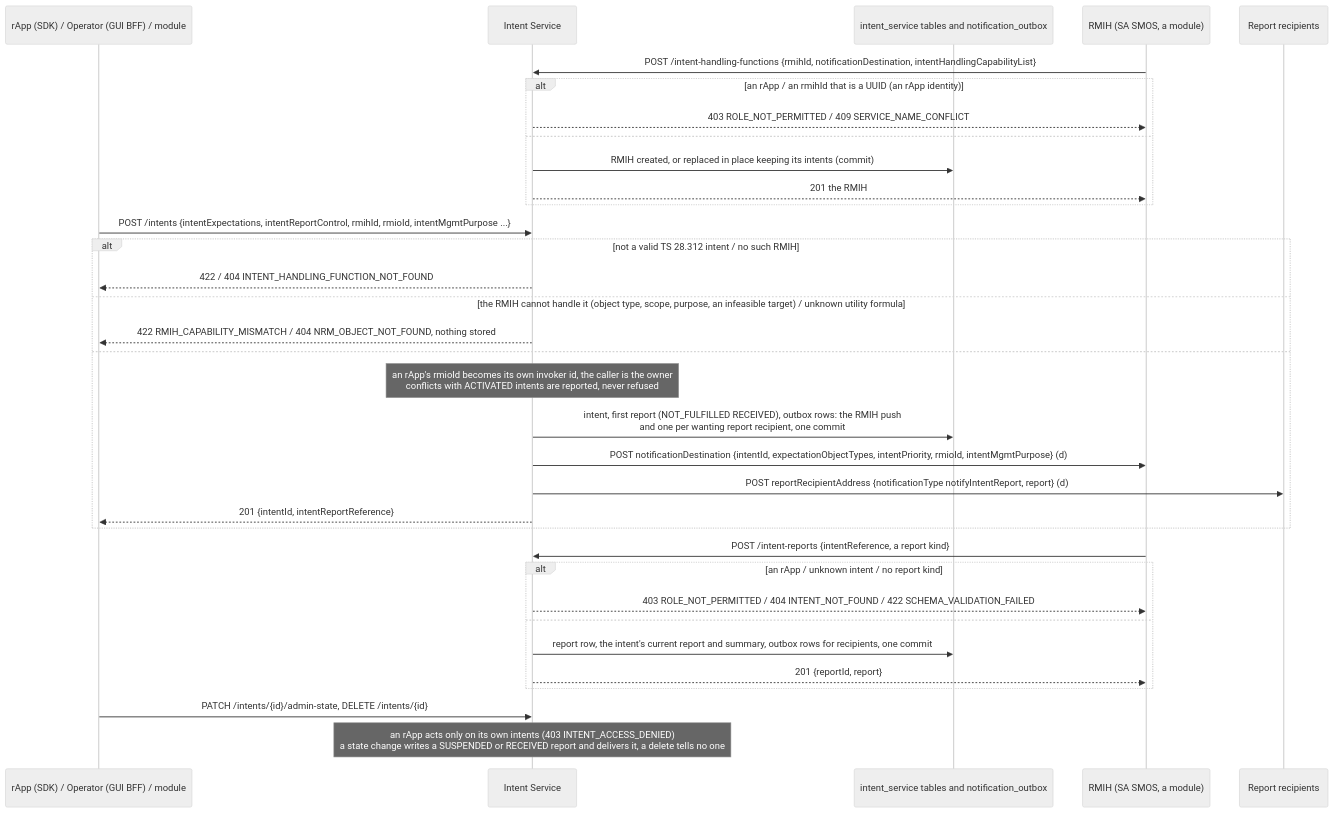
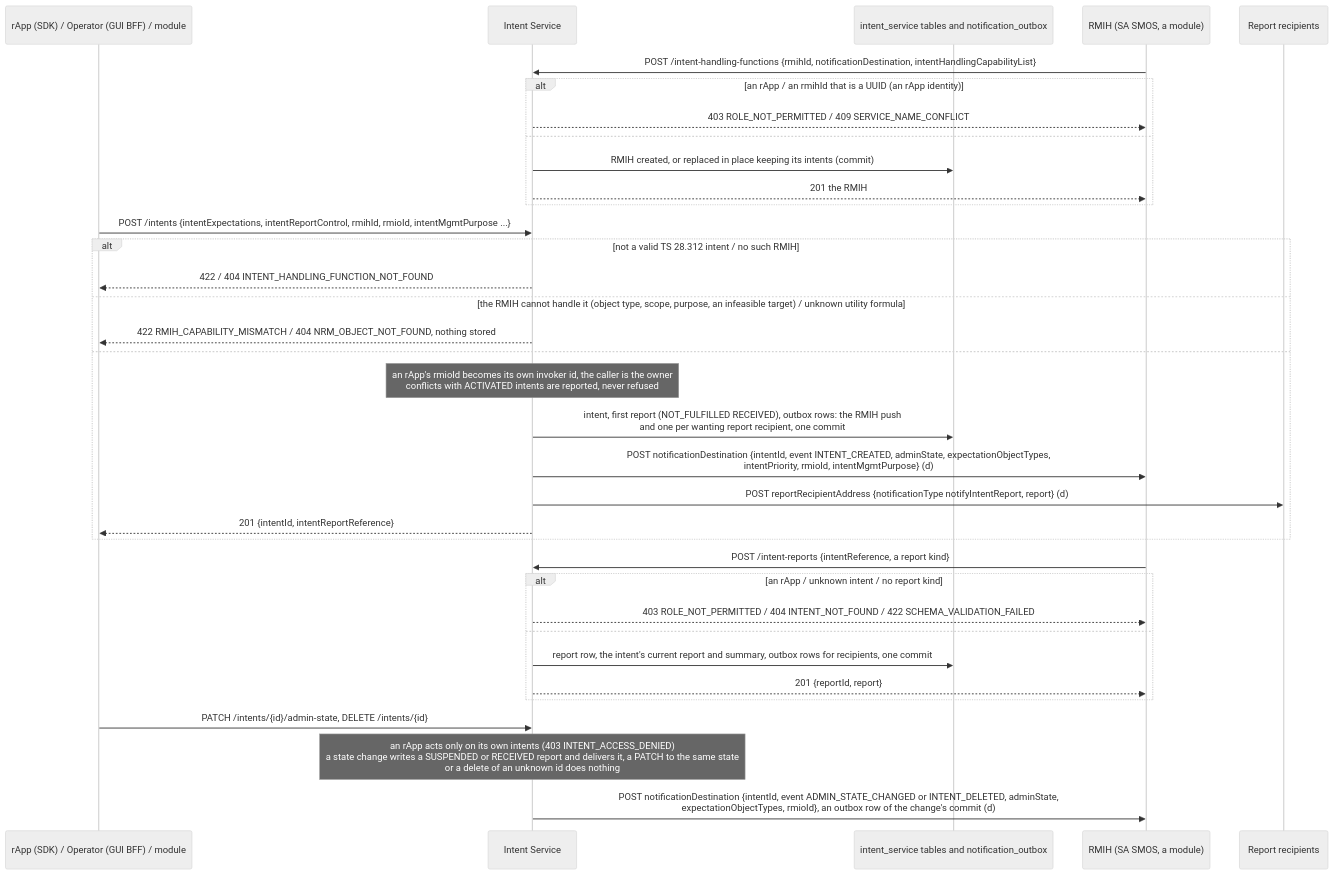
The second of 5 diagrams in smo/intent-service/docs/lifecycle.md (rsys-bshankar/ai-ran-smo), drawn with Mermaid (neutral theme) before and after one commit. The commit also changed 29 other files, not shown here.

````diff
--- a/smo/intent-service/docs/lifecycle.md
+++ b/smo/intent-service/docs/lifecycle.md
@@ -59,37 +59,38 @@
 ```mermaid
 sequenceDiagram
     participant C as rApp (SDK) / Operator (GUI BFF) / module
     participant IS as Intent Service
     participant DB as intent_service tables and notification_outbox
     participant H as RMIH (SA SMOS, a module)
     participant RR as Report recipients
 
     H->>IS: POST /intent-handling-functions {rmihId, notificationDestination, intentHandlingCapabilityList}
     alt an rApp / an rmihId that is a UUID (an rApp identity)
         IS-->>H: 403 ROLE_NOT_PERMITTED / 409 SERVICE_NAME_CONFLICT
     else
         IS->>DB: RMIH created, or replaced in place keeping its intents (commit)
         IS-->>H: 201 the RMIH
     end
     C->>IS: POST /intents {intentExpectations, intentReportControl, rmihId, rmioId, intentMgmtPurpose ...}
     alt not a valid TS 28.312 intent / no such RMIH
         IS-->>C: 422 / 404 INTENT_HANDLING_FUNCTION_NOT_FOUND
     else the RMIH cannot handle it (object type, scope, purpose, an infeasible target) / unknown utility formula
         IS-->>C: 422 RMIH_CAPABILITY_MISMATCH / 404 NRM_OBJECT_NOT_FOUND, nothing stored
     else
         Note over IS: an rApp's rmioId becomes its own invoker id, the caller is the owner<br/>conflicts with ACTIVATED intents are reported, never refused
         IS->>DB: intent, first report (NOT_FULFILLED RECEIVED), outbox rows: the RMIH push<br/>and one per wanting report recipient, one commit
-        IS->>H: POST notificationDestination {intentId, expectationObjectTypes, intentPriority, rmioId, intentMgmtPurpose} (d)
+        IS->>H: POST notificationDestination {intentId, event INTENT_CREATED, adminState, expectationObjectTypes,<br/>intentPriority, rmioId, intentMgmtPurpose} (d)
         IS->>RR: POST reportRecipientAddress {notificationType notifyIntentReport, report} (d)
         IS-->>C: 201 {intentId, intentReportReference}
     end
     H->>IS: POST /intent-reports {intentReference, a report kind}
     alt an rApp / unknown intent / no report kind
         IS-->>H: 403 ROLE_NOT_PERMITTED / 404 INTENT_NOT_FOUND / 422 SCHEMA_VALIDATION_FAILED
     else
         IS->>DB: report row, the intent's current report and summary, outbox rows for recipients, one commit
         IS-->>H: 201 {reportId, report}
     end
     C->>IS: PATCH /intents/{id}/admin-state, DELETE /intents/{id}
-    Note over IS: an rApp acts only on its own intents (403 INTENT_ACCESS_DENIED)<br/>a state change writes a SUSPENDED or RECEIVED report and delivers it, a delete tells no one
+    Note over IS: an rApp acts only on its own intents (403 INTENT_ACCESS_DENIED)<br/>a state change writes a SUSPENDED or RECEIVED report and delivers it, a PATCH to the same state<br/>or a delete of an unknown id does nothing
+    IS->>H: POST notificationDestination {intentId, event ADMIN_STATE_CHANGED or INTENT_DELETED, adminState,<br/>expectationObjectTypes, rmioId}, an outbox row of the change's commit (d)
 ```
````
